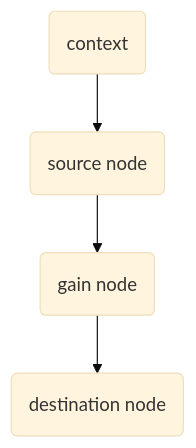
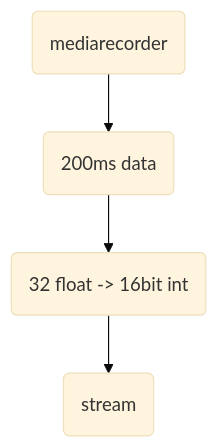
One commit to Nithin1506200/audioStreamTelephony changed the second of 2 diagrams in frontend/src/audioStream/audioStream.md. Above: the diagram before and after it, drawn with Mermaid (base theme).

````diff
--- a/frontend/src/audioStream/audioStream.md
+++ b/frontend/src/audioStream/audioStream.md
@@ -35,10 +35,10 @@
 ```mermaid
 graph TD;
-A(context)
-B(source node)
-C(gain node)
-D(destination node)
+A(mediarecorder)
+B(200ms data)
+C(32 float -> 16bit int)
+D(stream)
     A-->B;
     B-->C;
     C-->D;
 ```
````
